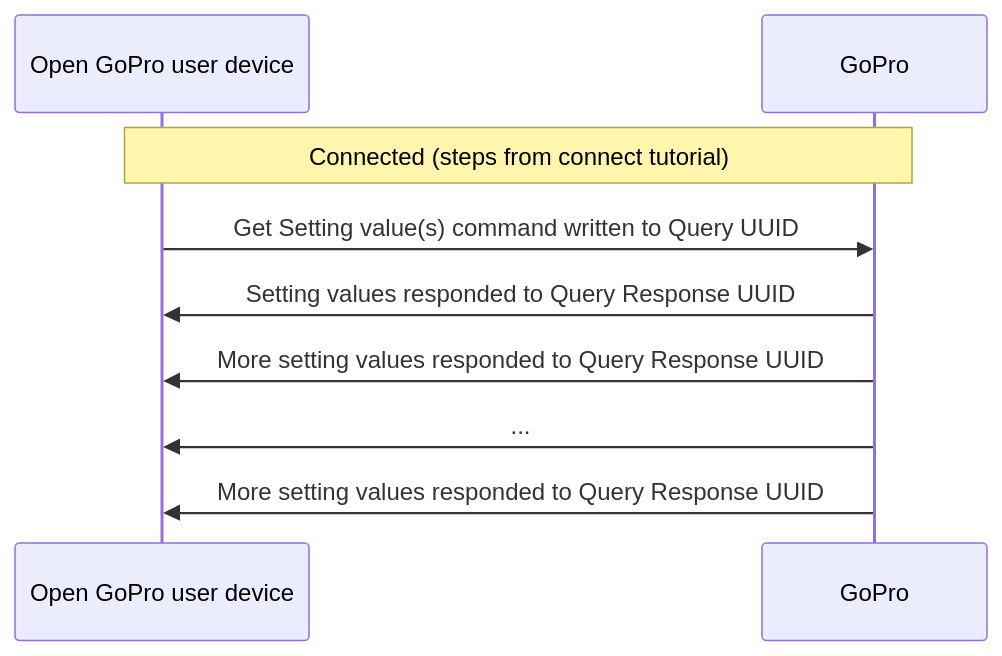
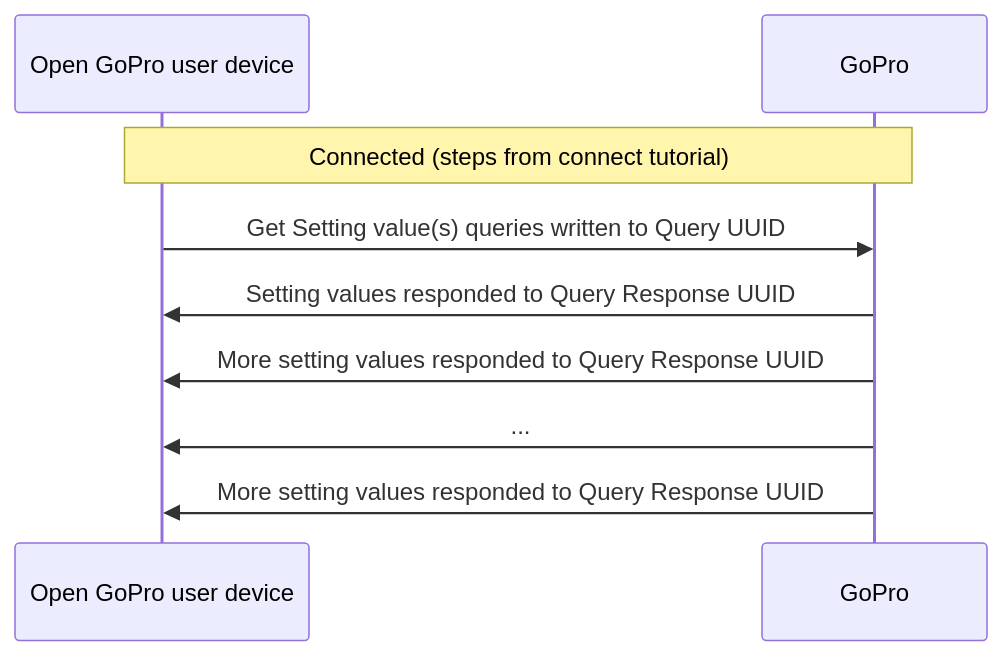
One commit to gopro/OpenGoPro changed the second of 3 diagrams in docs/_tutorials/tutorial_4_ble_queries/tutorial.md. Above: the diagram before and after it, drawn with Mermaid. The commit also changed other lines of this file and 205 other files, not shown here.

````diff
--- a/docs/_tutorials/tutorial_4_ble_queries/tutorial.md
+++ b/docs/_tutorials/tutorial_4_ble_queries/tutorial.md
@@ -238,11 +359,11 @@
 ```mermaid!
 sequenceDiagram
   participant PC as Open GoPro user device
   participant GoPro
   note over PC, GoPro: Connected (steps from connect tutorial)
-  PC ->> GoPro: Get Setting value(s) command written to Query UUID
+  PC ->> GoPro: Get Setting value(s) queries written to Query UUID
   GoPro ->> PC: Setting values responded to Query Response UUID
   GoPro ->> PC: More setting values responded to Query Response UUID
   GoPro ->> PC: ...
   GoPro ->> PC: More setting values responded to Query Response UUID
 ```
````
